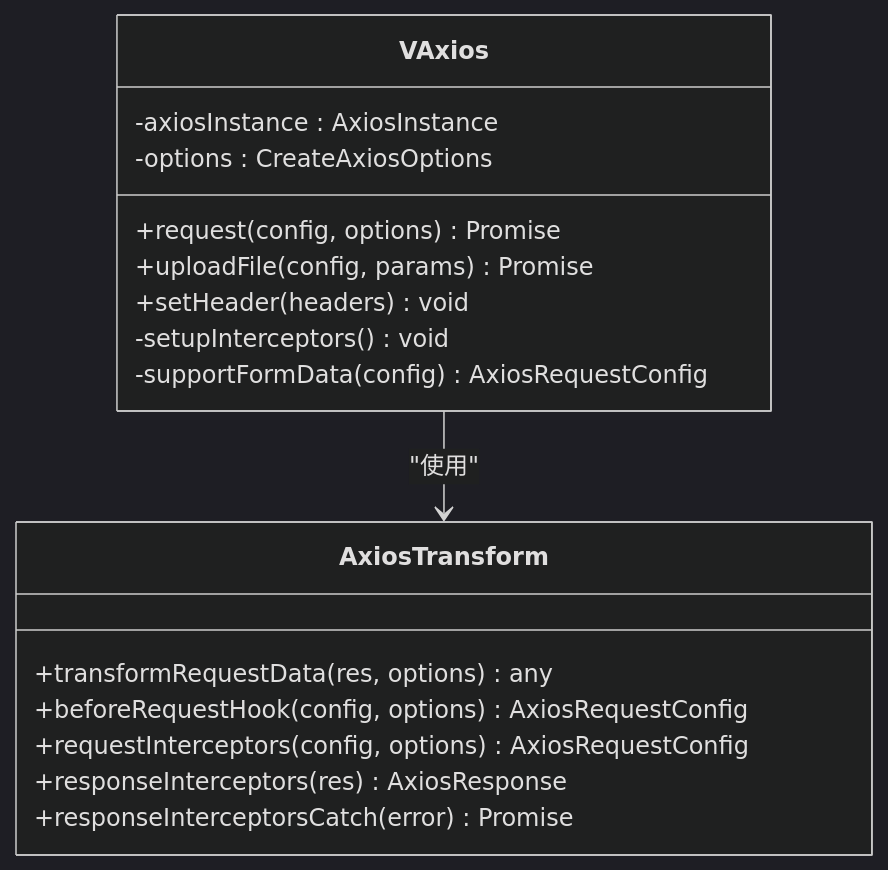
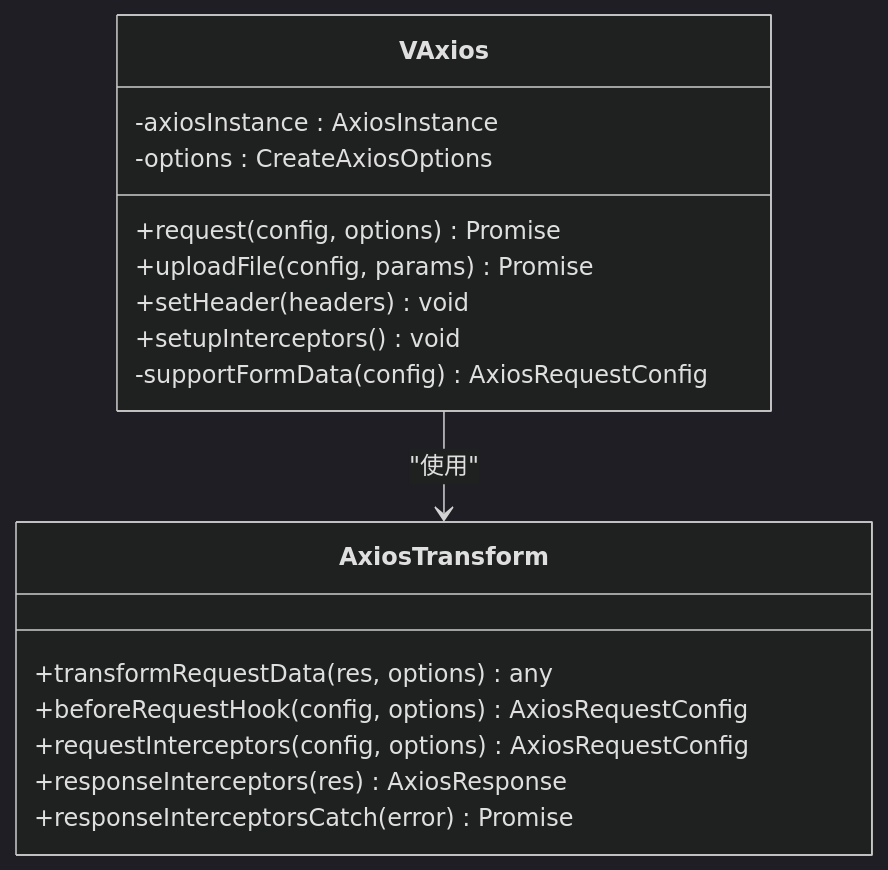
Diagram 11 of 13 in .qoder/repowiki/zh/content/核心系统/聊天系统.md (giserman001/vue3-vant4-mobile), drawn with Mermaid (dark theme) before and after one commit. The commit also changed other lines of this file and 398 other files, not shown here.

````diff
--- a/.qoder/repowiki/zh/content/核心系统/聊天系统.md
+++ b/.qoder/repowiki/zh/content/核心系统/聊天系统.md
@@ -299,20 +451,20 @@
 ```mermaid
 classDiagram
 class VAxios {
 -axiosInstance : AxiosInstance
 -options : CreateAxiosOptions
 +request(config, options) Promise
 +uploadFile(config, params) Promise
 +setHeader(headers) void
--setupInterceptors() void
++setupInterceptors() void
 -supportFormData(config) AxiosRequestConfig
 }
 class AxiosTransform {
 +transformRequestData(res, options) any
 +beforeRequestHook(config, options) AxiosRequestConfig
 +requestInterceptors(config, options) AxiosRequestConfig
 +responseInterceptors(res) AxiosResponse
 +responseInterceptorsCatch(error) Promise
 }
 VAxios --> AxiosTransform : "使用"
 ```
````
